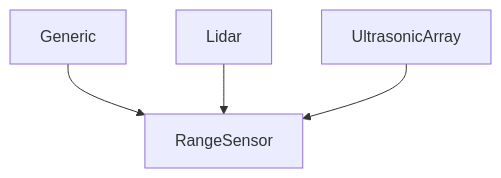
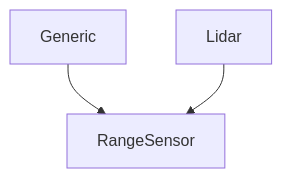
The diagram in source/extensions/isaacsim.robot.schema/docs/Overview.md (stevenf7/IsaacSim), drawn with Mermaid before and after one commit. The commit also changed other lines of this file and 50 other files, not shown here.

Commit message:
Migrate isaac sim sensor schemas to be codeless

````diff
--- a/source/extensions/isaacsim.robot.schema/docs/Overview.md
+++ b/source/extensions/isaacsim.robot.schema/docs/Overview.md
@@ -7,7 +7,6 @@
 ```{mermaid}
 graph TD
     %% Inheritance relationships
     Generic --> RangeSensor
     Lidar --> RangeSensor
-    UltrasonicArray --> RangeSensor
 ```
````
